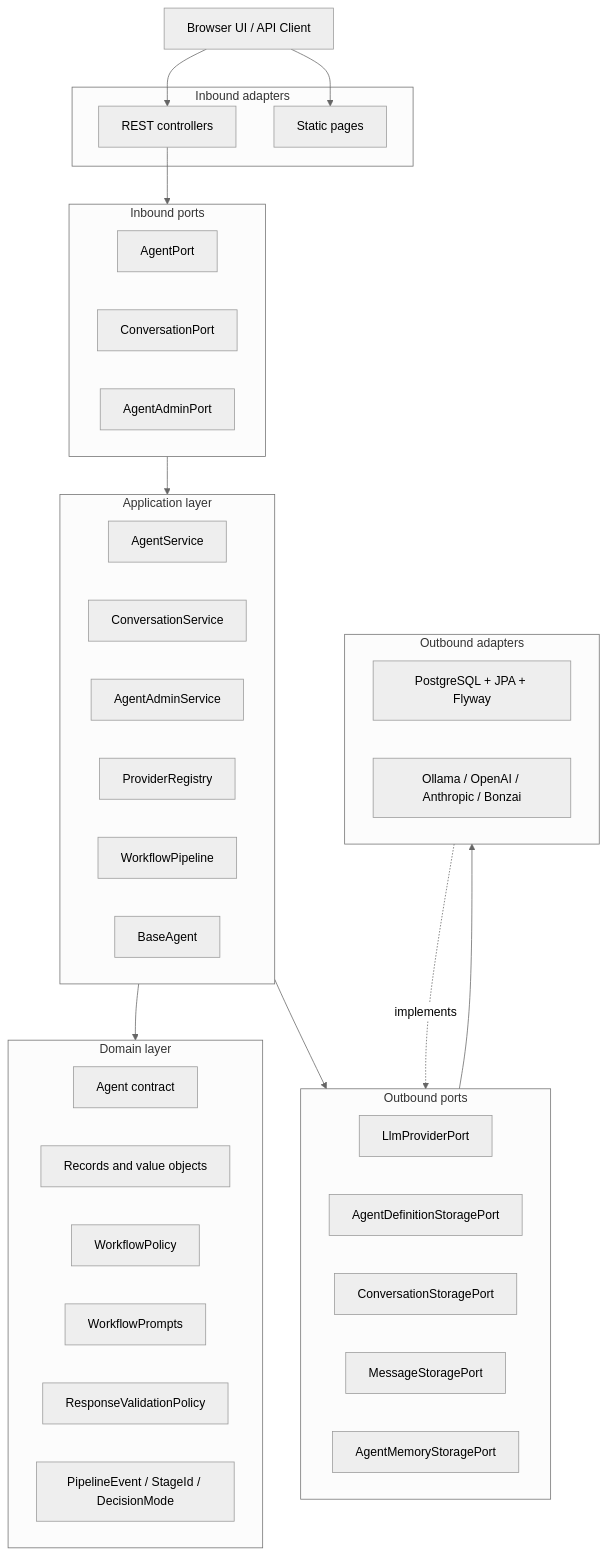
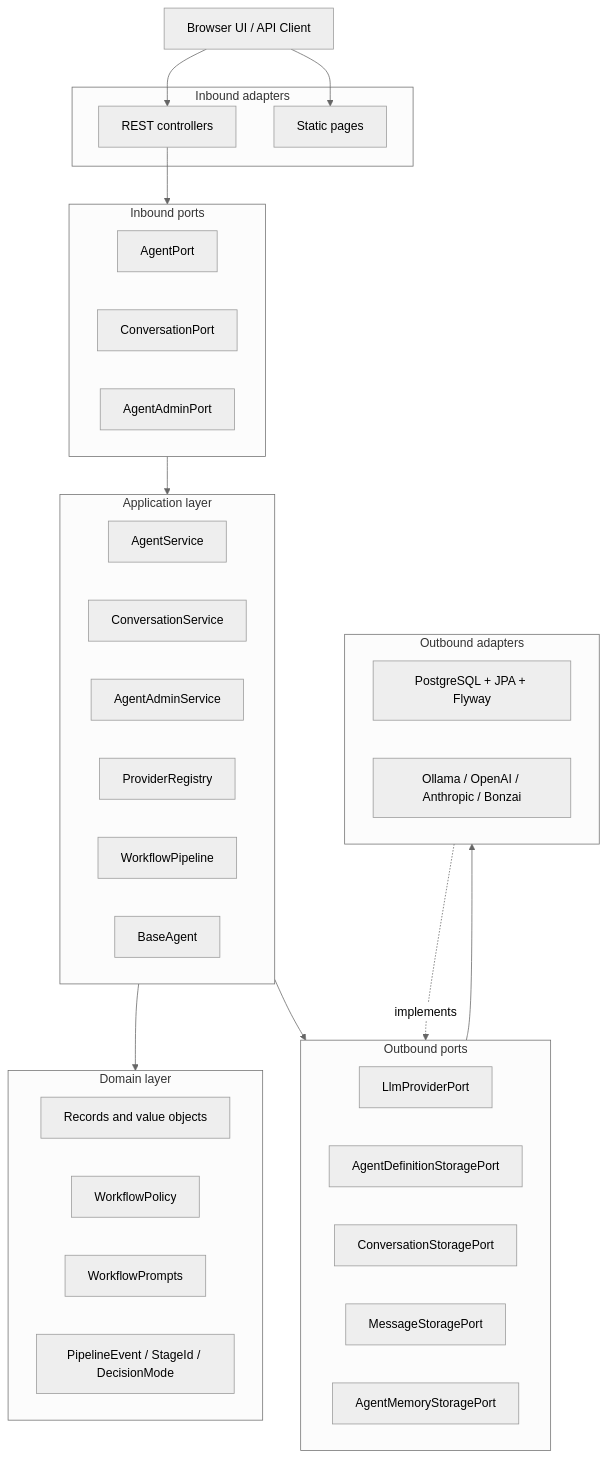
Before and after one commit to melmedany/workflow-ai: the first of 3 diagrams in README.md, drawn with Mermaid (neutral theme). The commit also changed other lines of this file and 112 other files, not shown here.

````diff
--- a/README.md
+++ b/README.md
@@ -23,55 +23,46 @@
 ```mermaid
 flowchart TB
     User[Browser UI / API Client]
-
     subgraph InboundAdapters[Inbound adapters]
         Rest[REST controllers]
         Static[Static pages]
     end
-
     subgraph InboundPorts[Inbound ports]
         AgentPort[AgentPort]
         ConversationPort[ConversationPort]
         AgentAdminPort[AgentAdminPort]
     end
-
     subgraph Application[Application layer]
         AgentService[AgentService]
         ConversationService[ConversationService]
         AdminService[AgentAdminService]
         Registry[ProviderRegistry]
         Pipeline[WorkflowPipeline]
         BaseAgent[BaseAgent]
     end
-
     subgraph Domain[Domain layer]
-        AgentContract[Agent contract]
         Models[Records and value objects]
         Policy[WorkflowPolicy]
         Prompts[WorkflowPrompts]
-        Validation[ResponseValidationPolicy]
         Events[PipelineEvent / StageId / DecisionMode]
     end
-
     subgraph OutboundPorts[Outbound ports]
         LlmPort[LlmProviderPort]
         AgentStore[AgentDefinitionStoragePort]
         ConversationStore[ConversationStoragePort]
         MessageStore[MessageStoragePort]
         MemoryStore[AgentMemoryStoragePort]
     end
-
     subgraph OutboundAdapters[Outbound adapters]
         Persistence[PostgreSQL + JPA + Flyway]
         Providers[Ollama / OpenAI / Anthropic / Bonzai]
     end
-
     User --> Static
     User --> Rest
     Rest --> InboundPorts
     InboundPorts --> Application
     Application --> Domain
     Application --> OutboundPorts
     OutboundPorts --> OutboundAdapters
     OutboundAdapters -. implements .-> OutboundPorts
 ```
````
